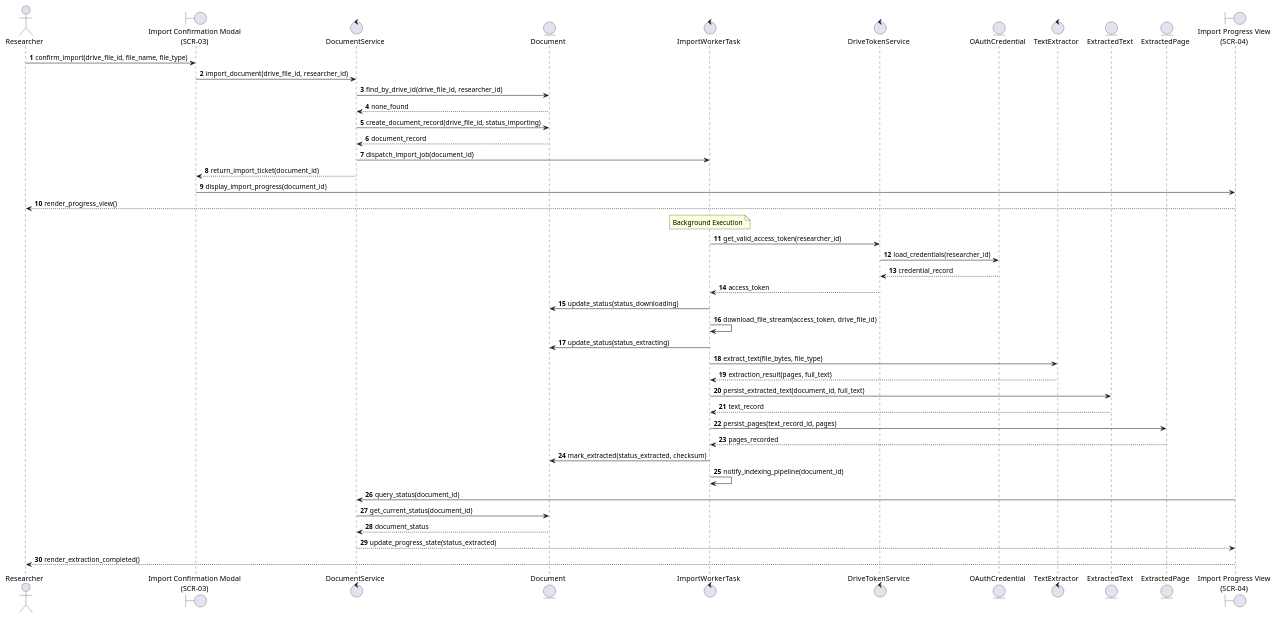
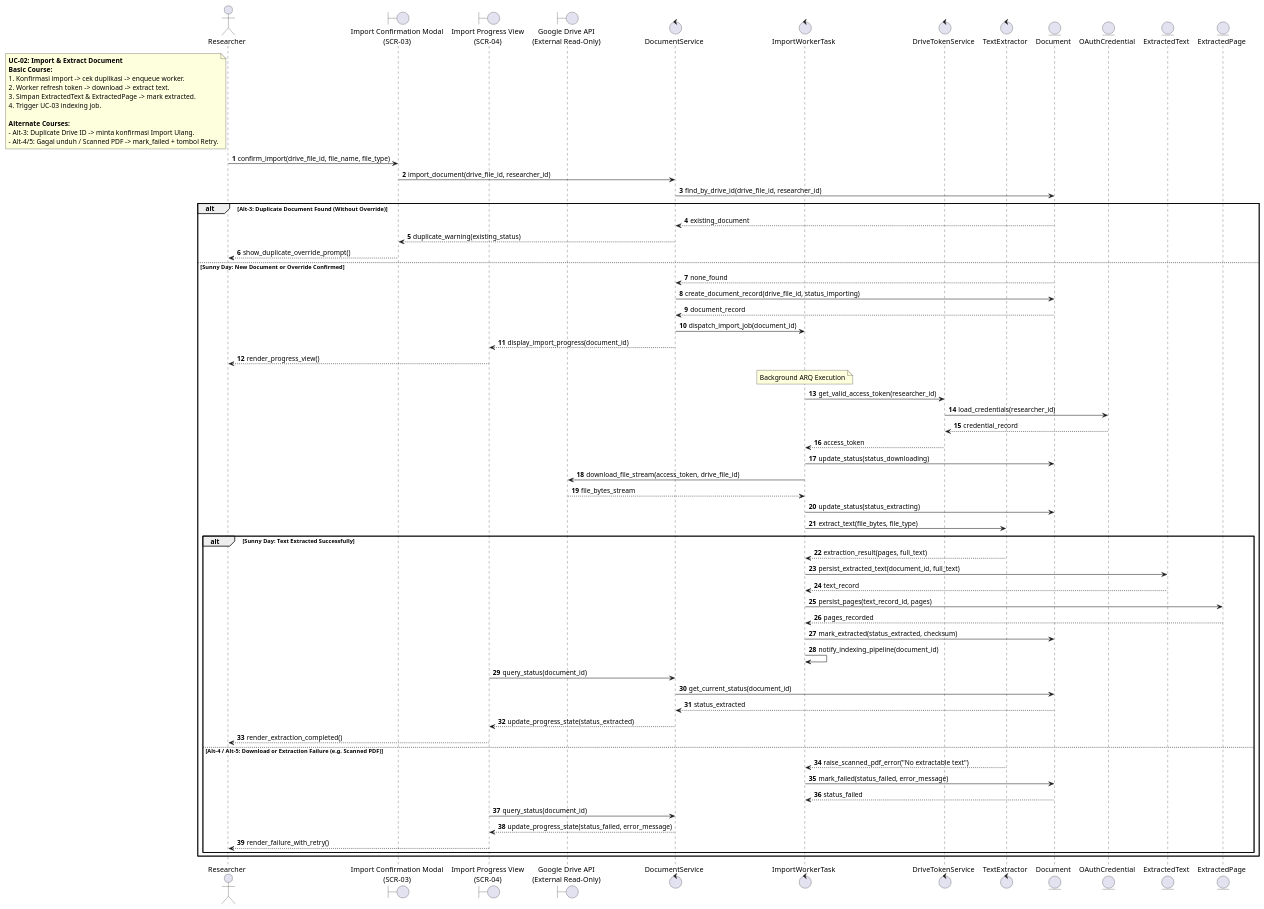
Before and after one commit to Gzaa19/Telaah: the fourth of 5 diagrams in specs/002-drive-document-import/plan.md, drawn with PlantUML. The commit also changed other lines of this file and 11 other files, not shown here.

Commit message:
docs(iconix): align constitution, preset templates, and specs 001-004 diagrams

````diff
--- a/specs/002-drive-document-import/plan.md
+++ b/specs/002-drive-document-import/plan.md
@@ -368,52 +297,84 @@
 ```plantuml
 @startuml
+autoactivate off
 autonumber
+skinparam shadowing false
 skinparam responseMessageBelowArrow true
 
 actor "Researcher" as Researcher
 boundary "Import Confirmation Modal\n(SCR-03)" as ConfirmUI
+boundary "Import Progress View\n(SCR-04)" as ProgressUI
+boundary "Google Drive API\n(External Read-Only)" as GDriveAPI
 control "DocumentService" as DocSvc
-entity "Document" as Document
 control "ImportWorkerTask" as Worker
 control "DriveTokenService" as TokenSvc
+control "TextExtractor" as Extractor
+entity "Document" as Document
 entity "OAuthCredential" as Credential
-control "TextExtractor" as Extractor
 entity "ExtractedText" as ExtractedText
 entity "ExtractedPage" as ExtractedPage
-boundary "Import Progress View\n(SCR-04)" as ProgressUI
+
+note left of Researcher
+  <b>UC-02: Import & Extract Document</b>
+  <b>Basic Course:</b>
+  1. Konfirmasi import -> cek duplikasi -> enqueue worker.
+  2. Worker refresh token -> download -> extract text.
+  3. Simpan ExtractedText & ExtractedPage -> mark extracted.
+  4. Trigger UC-03 indexing job.
+
+  <b>Alternate Courses:</b>
+  - Alt-3: Duplicate Drive ID -> minta konfirmasi Import Ulang.
+  - Alt-4/5: Gagal unduh / Scanned PDF -> mark_failed + tombol Retry.
+end note
 
 Researcher -> ConfirmUI : confirm_import(drive_file_id, file_name, file_type)
 ConfirmUI -> DocSvc : import_document(drive_file_id, researcher_id)
 DocSvc -> Document : find_by_drive_id(drive_file_id, researcher_id)
-Document --> DocSvc : none_found
-DocSvc -> Document : create_document_record(drive_file_id, status_importing)
-Document --> DocSvc : document_record
-DocSvc -> Worker : dispatch_import_job(document_id)
-DocSvc --> ConfirmUI : return_import_ticket(document_id)
-ConfirmUI -> ProgressUI : display_import_progress(document_id)
-ProgressUI --> Researcher : render_progress_view()
 
-note over Worker : Background Execution
-Worker -> TokenSvc : get_valid_access_token(researcher_id)
-TokenSvc -> Credential : load_credentials(researcher_id)
-Credential --> TokenSvc : credential_record
-TokenSvc --> Worker : access_token
-Worker -> Document : update_status(status_downloading)
-Worker -> Worker : download_file_stream(access_token, drive_file_id)
-Worker -> Document : update_status(status_extracting)
-Worker -> Extractor : extract_text(file_bytes, file_type)
-Extractor --> Worker : extraction_result(pages, full_text)
-Worker -> ExtractedText : persist_extracted_text(document_id, full_text)
-ExtractedText --> Worker : text_record
-Worker -> ExtractedPage : persist_pages(text_record_id, pages)
-ExtractedPage --> Worker : pages_recorded
-Worker -> Document : mark_extracted(status_extracted, checksum)
-Worker -> Worker : notify_indexing_pipeline(document_id)
+alt Alt-3: Duplicate Document Found (Without Override)
+    Document --> DocSvc : existing_document
+    DocSvc --> ConfirmUI : duplicate_warning(existing_status)
+    ConfirmUI --> Researcher : show_duplicate_override_prompt()
+else Sunny Day: New Document or Override Confirmed
+    Document --> DocSvc : none_found
+    DocSvc -> Document : create_document_record(drive_file_id, status_importing)
+    Document --> DocSvc : document_record
+    DocSvc -> Worker : dispatch_import_job(document_id)
+    DocSvc --> ProgressUI : display_import_progress(document_id)
+    ProgressUI --> Researcher : render_progress_view()
 
-ProgressUI -> DocSvc : query_status(document_id)
-DocSvc -> Document : get_current_status(document_id)
-Document --> DocSvc : document_status
-DocSvc --> ProgressUI : update_progress_state(status_extracted)
-ProgressUI --> Researcher : render_extraction_completed()
+    note over Worker : Background ARQ Execution
+    Worker -> TokenSvc : get_valid_access_token(researcher_id)
+    TokenSvc -> Credential : load_credentials(researcher_id)
+    Credential --> TokenSvc : credential_record
+    TokenSvc --> Worker : access_token
+    Worker -> Document : update_status(status_downloading)
+    Worker -> GDriveAPI : download_file_stream(access_token, drive_file_id)
+    GDriveAPI --> Worker : file_bytes_stream
+    Worker -> Document : update_status(status_extracting)
+    Worker -> Extractor : extract_text(file_bytes, file_type)
+
+    alt Sunny Day: Text Extracted Successfully
+        Extractor --> Worker : extraction_result(pages, full_text)
+        Worker -> ExtractedText : persist_extracted_text(document_id, full_text)
+        ExtractedText --> Worker : text_record
+        Worker -> ExtractedPage : persist_pages(text_record_id, pages)
+        ExtractedPage --> Worker : pages_recorded
+        Worker -> Document : mark_extracted(status_extracted, checksum)
+        Worker -> Worker : notify_indexing_pipeline(document_id)
+        ProgressUI -> DocSvc : query_status(document_id)
+        DocSvc -> Document : get_current_status(document_id)
+        Document --> DocSvc : status_extracted
+        DocSvc --> ProgressUI : update_progress_state(status_extracted)
+        ProgressUI --> Researcher : render_extraction_completed()
+    else Alt-4 / Alt-5: Download or Extraction Failure (e.g. Scanned PDF)
+        Extractor --> Worker : raise_scanned_pdf_error("No extractable text")
+        Worker -> Document : mark_failed(status_failed, error_message)
+        Document --> Worker : status_failed
+        ProgressUI -> DocSvc : query_status(document_id)
+        DocSvc --> ProgressUI : update_progress_state(status_failed, error_message)
+        ProgressUI --> Researcher : render_failure_with_retry()
+    end
+end
 @enduml
 ```
````
